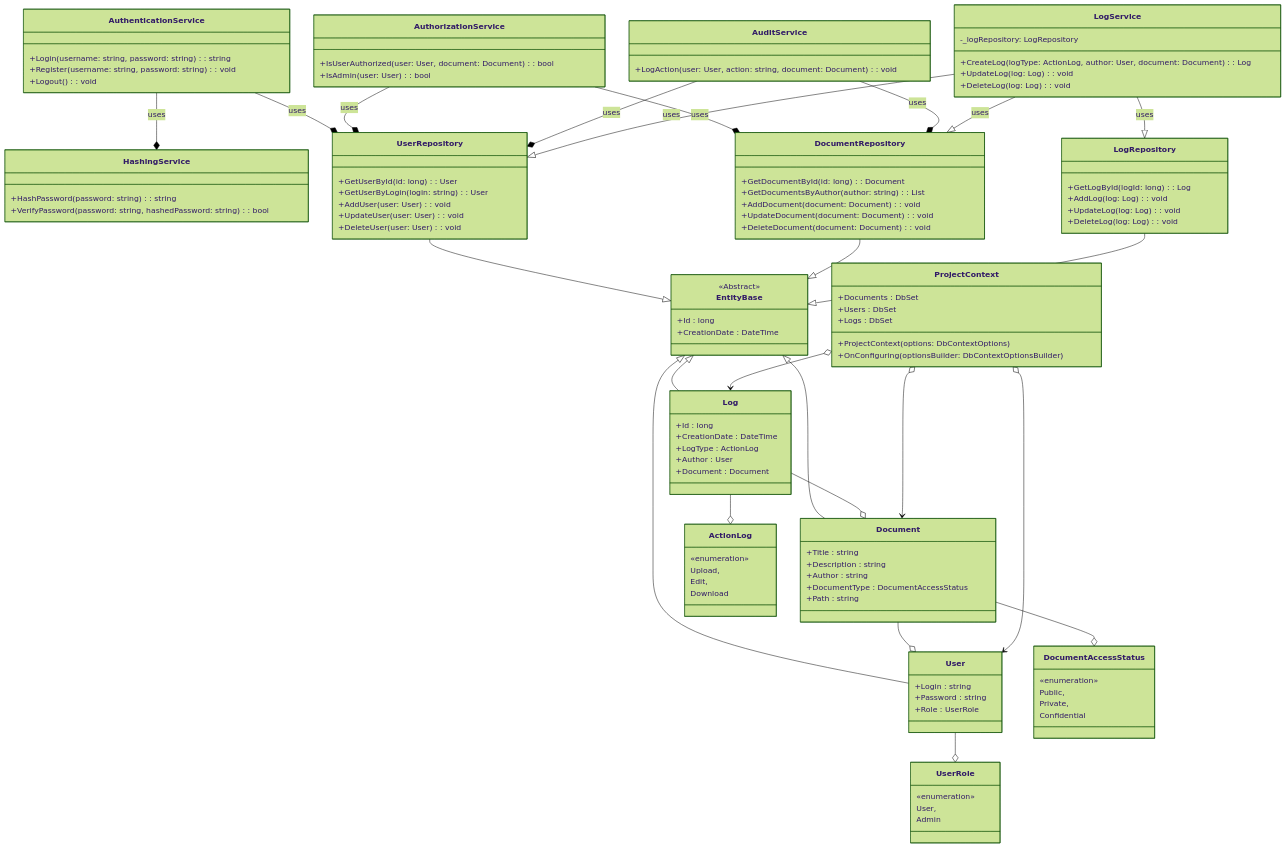
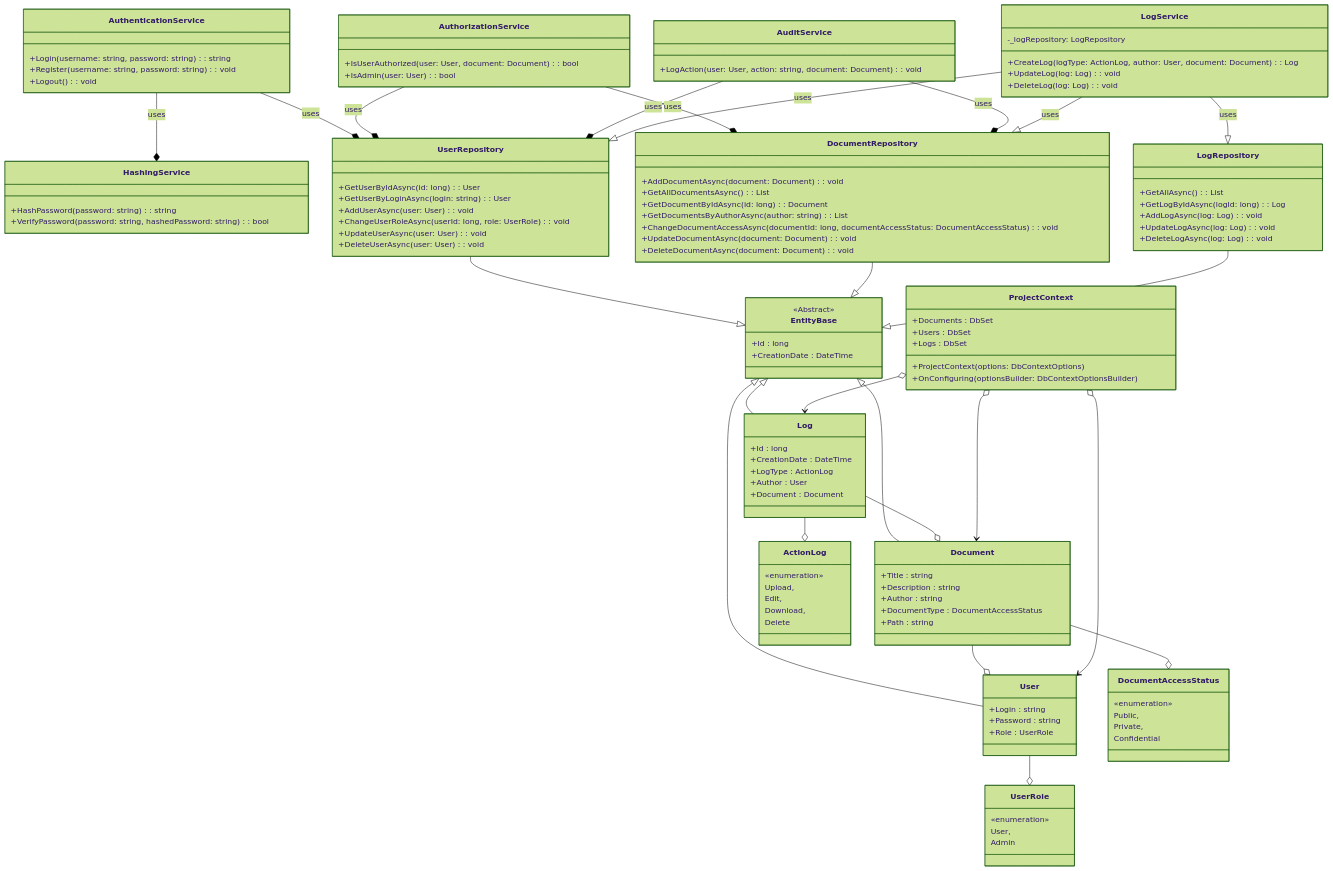
Before and after one commit to kZywiec/Back-end_Project: the diagram in README.md, drawn with Mermaid (forest theme). The commit also changed other lines of this file and 14 other files, not shown here.

```diff
--- a/README.md
+++ b/README.md
@@ -93,26 +118,30 @@
   }
 
   class UserRepository {
-    +GetUserById(id: long): User
-    +GetUserByLogin(login: string): User
-    +AddUser(user: User): void
-    +UpdateUser(user: User): void
-    +DeleteUser(user: User): void
+    +GetUserByIdAsync(id: long): User
+    +GetUserByLoginAsync(login: string): User
+    +AddUserAsync(user: User): void
+    +ChangeUserRoleAsync(userId: long, role: UserRole): void
+    +UpdateUserAsync(user: User): void
+    +DeleteUserAsync(user: User): void
   }
 
   class DocumentRepository {
-    +GetDocumentById(id: long): Document
-    +GetDocumentsByAuthor(author: string): List<Document>
-    +AddDocument(document: Document): void
-    +UpdateDocument(document: Document): void
-    +DeleteDocument(document: Document): void
+    +AddDocumentAsync(document: Document): void
+    +GetAllDocumentsAsync(): List<Document>
+    +GetDocumentByIdAsync(id: long): Document
+    +GetDocumentsByAuthorAsync(author: string): List<Document>
+    +ChangeDocumentAccessAsync(documentId: long, documentAccessStatus: DocumentAccessStatus): void
+    +UpdateDocumentAsync(document: Document): void
+    +DeleteDocumentAsync(document: Document): void
   }
 
   class LogRepository {
-    +GetLogById(logId: long): Log
-    +AddLog(log: Log): void
-    +UpdateLog(log: Log): void
-    +DeleteLog(log: Log): void
+    +GetAllAsync(): List<Log>
+    +GetLogByIdAsync(logId: long): Log
+    +AddLogAsync(log: Log): void
+    +UpdateLogAsync(log: Log): void
+    +DeleteLogAsync(log: Log): void
   }
 
   class LogService {
@@ -125,7 +154,8 @@
     «enumeration»
     Upload,
     Edit,
-    Download
+    Download,
+    Delete
   }
 
   EntityBase <|-- User
```
